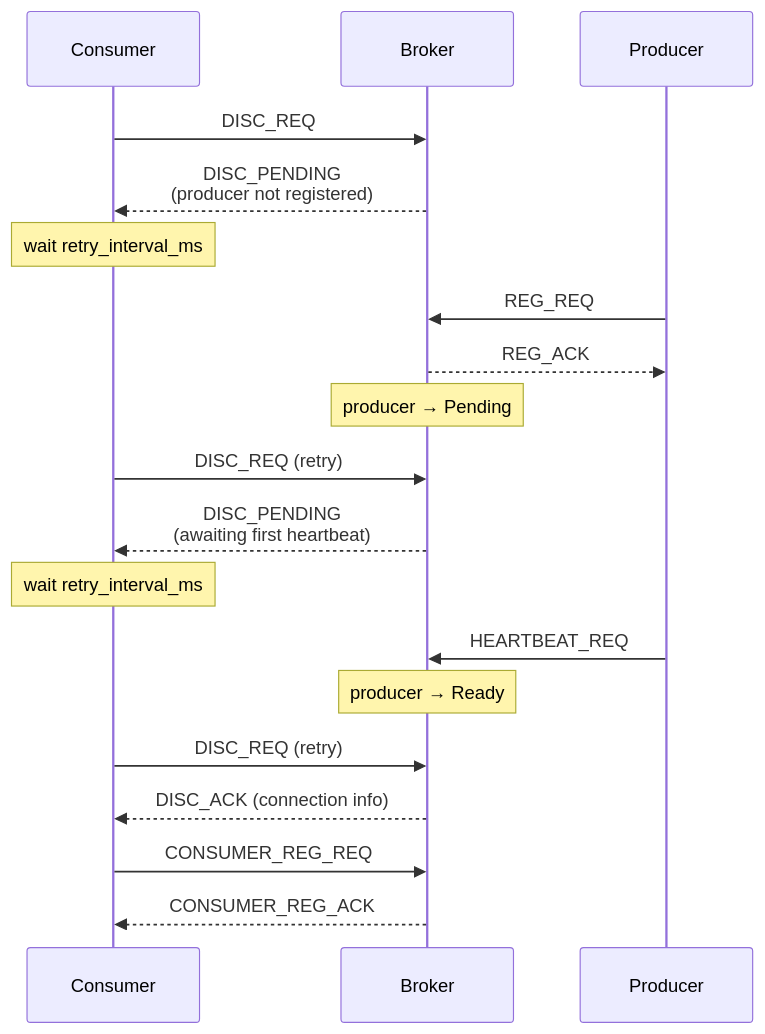
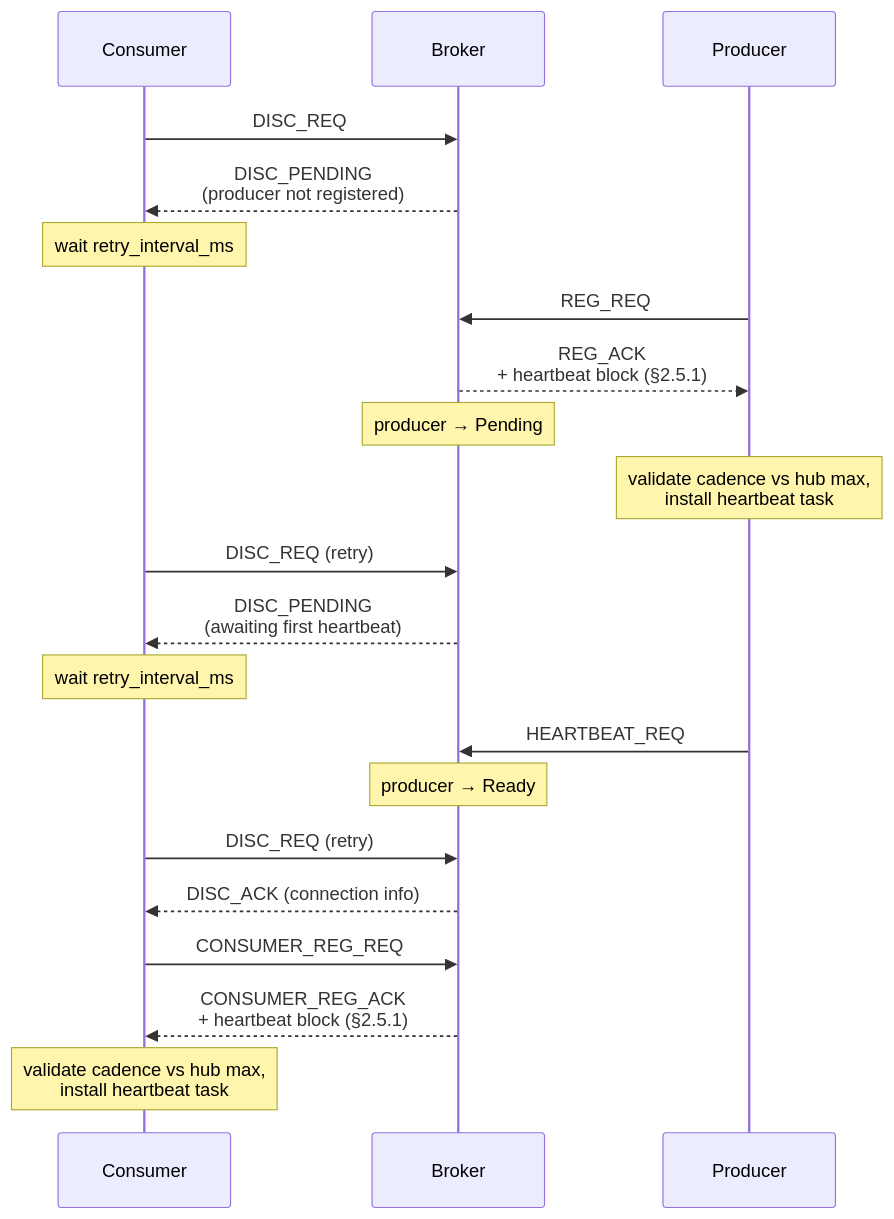
Before and after one commit to Qing-LAB/pylabhub: the second of 2 diagrams in docs/HEP/HEP-CORE-0023-Startup-Coordination.md, drawn with Mermaid. The commit also changed other lines of this file and 8 other files, not shown here.

First line of the commit message:
heartbeat: 4-field HubBrokerConfig + REG_ACK negotiation (HEP-0023 §2.5.1)

````diff
--- a/docs/HEP/HEP-CORE-0023-Startup-Coordination.md
+++ b/docs/HEP/HEP-CORE-0023-Startup-Coordination.md
@@ -94,27 +94,29 @@
 ```mermaid
 sequenceDiagram
     participant C as Consumer
     participant B as Broker
     participant P as Producer
 
     C->>B: DISC_REQ
     B-->>C: DISC_PENDING<br/>(producer not registered)
     Note over C: wait retry_interval_ms
 
     P->>B: REG_REQ
-    B-->>P: REG_ACK
+    B-->>P: REG_ACK<br/>+ heartbeat block (§2.5.1)
     Note over B: producer → Pending
+    Note over P: validate cadence vs hub max,<br/>install heartbeat task
 
     C->>B: DISC_REQ (retry)
     B-->>C: DISC_PENDING<br/>(awaiting first heartbeat)
     Note over C: wait retry_interval_ms
 
     P->>B: HEARTBEAT_REQ
     Note over B: producer → Ready
 
     C->>B: DISC_REQ (retry)
     B-->>C: DISC_ACK (connection info)
 
     C->>B: CONSUMER_REG_REQ
-    B-->>C: CONSUMER_REG_ACK
+    B-->>C: CONSUMER_REG_ACK<br/>+ heartbeat block (§2.5.1)
+    Note over C: validate cadence vs hub max,<br/>install heartbeat task
 ```
````
